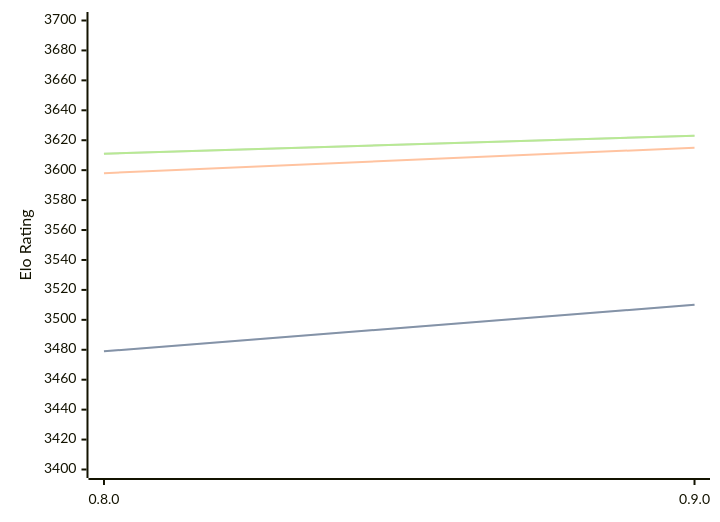
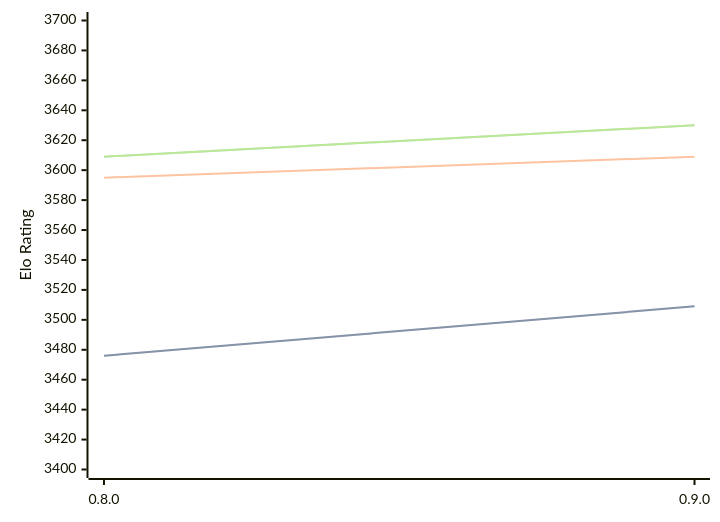
One commit to computer-chess-index/cci changed the diagram in engines/Reckless.md. Above: the diagram before and after it, drawn with Mermaid. The commit also changed other lines of this file, not shown here.

Commit message:
Update CCI Ratings (ELO VLTC) - 2026-03-10

````diff
--- a/engines/Reckless.md
+++ b/engines/Reckless.md
@@ -37,11 +37,11 @@
 ```mermaid
 %%{init: {"theme":"base","themeVariables":{"seriesColors:['#a3a3a3','#222221','#faa371']}}}%%
 xychart-beta
   x-axis ["0.8.0", "0.9.0"]
   y-axis "Elo Rating" 3400 --> 3700
-  line "STC (8.0+0.08s)" [3479, 3510]
-  line "STC (8.0+0.08s)" [3479, 3510]
-  line "LTC (60.0+0.60s)" [3598, 3615]
-  line "VLTC (2m24s+1.12s)" [3611, 3623]
-  line "VLTC (2m24s+1.12s)" [3611, 3623]
+  line "STC (8.0+0.08s)" [3476, 3509]
+  line "STC (8.0+0.08s)" [3476, 3509]
+  line "LTC (60.0+0.60s)" [3595, 3609]
+  line "VLTC (2m24s+1.12s)" [3609, 3630]
+  line "VLTC (2m24s+1.12s)" [3609, 3630]
 ```
````
